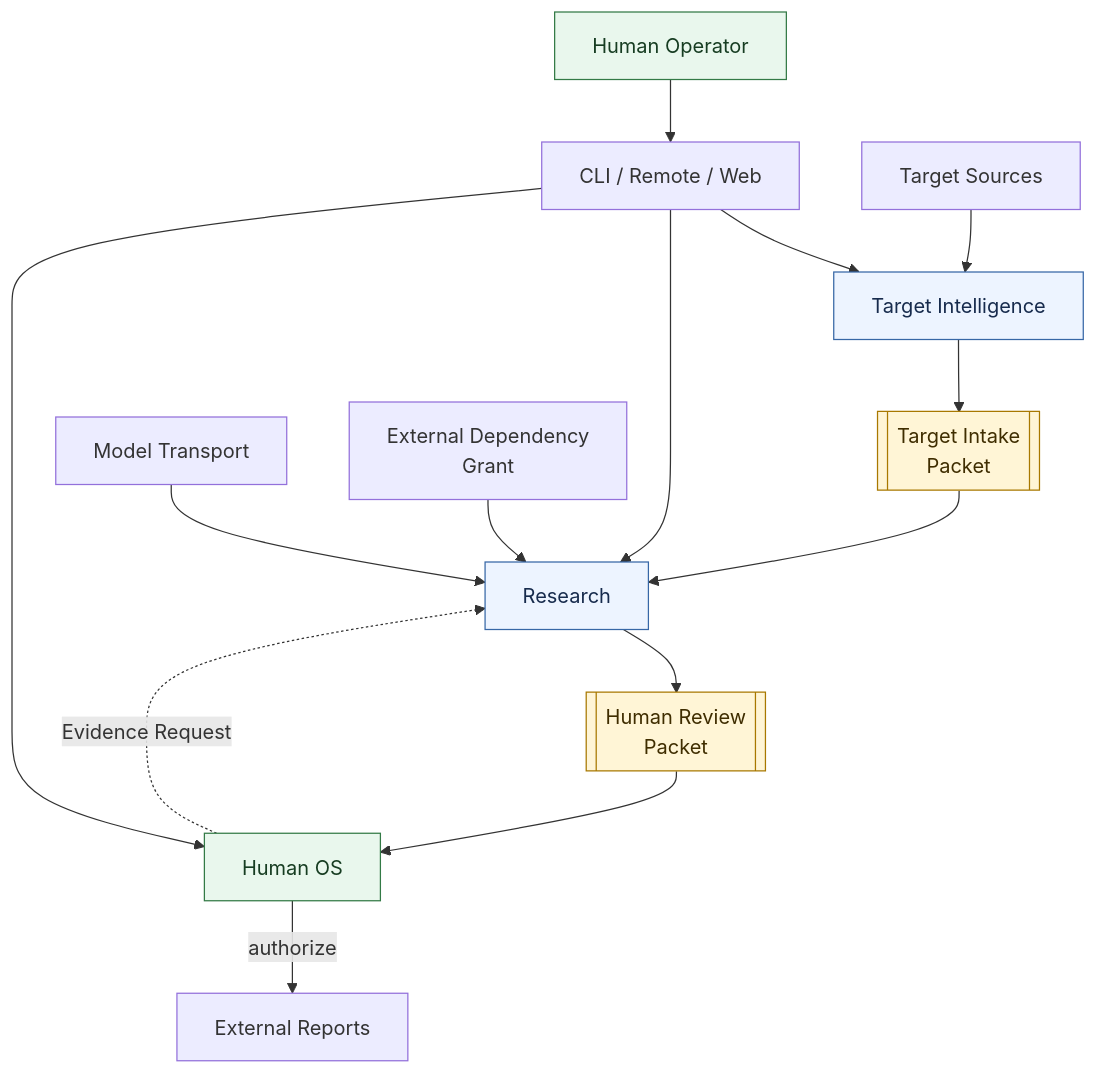
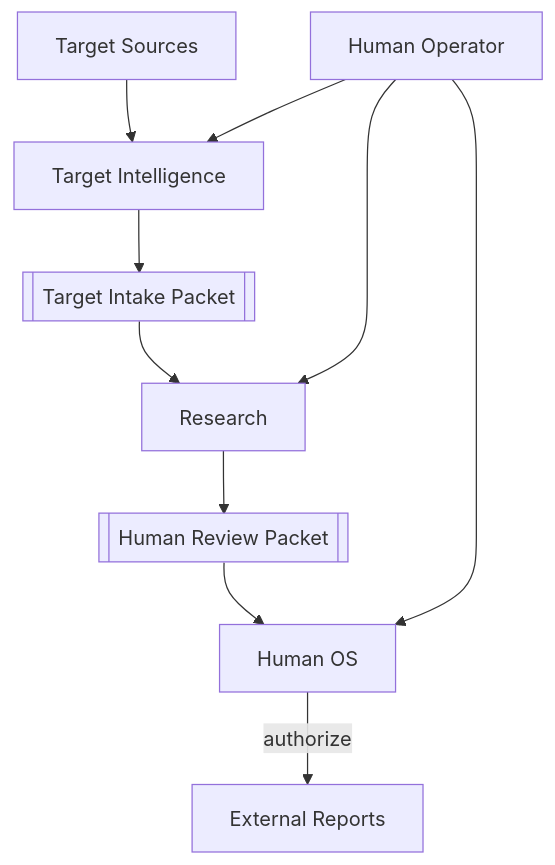
One commit to momoponwork1415-lgtm/wordpress-harness changed the first of 3 diagrams in docs/design/architecture/architecture-overview.md. Above: the diagram before and after it, drawn with Mermaid. The commit also changed other lines of this file and 34 other files, not shown here.

````diff
--- a/docs/design/architecture/architecture-overview.md
+++ b/docs/design/architecture/architecture-overview.md
@@ -11,35 +7,17 @@
 ```mermaid
 flowchart TB
     operator["Human Operator"]
-    adapters["CLI / Remote / Web"]
     feeds["Target Sources"]
-
     ti["Target Intelligence"]
-    intake[["Target Intake<br/>Packet"]]
+    intake[["Target Intake Packet"]]
     research["Research"]
-    packet[["Human Review<br/>Packet"]]
+    packet[["Human Review Packet"]]
     human["Human OS"]
     reports["External Reports"]
 
-    models["Model Transport"]
-    dependencies["External Dependency<br/>Grant"]
-
-    operator --> adapters
-    feeds --> ti
-    adapters --> ti
-    ti --> intake --> research
-    adapters --> research
-    models --> research
-    dependencies --> research
-    research --> packet --> human
-    adapters --> human
+    feeds --> ti --> intake --> research --> packet --> human
+    operator --> ti
+    operator --> research
+    operator --> human
     human -->|"authorize"| reports
-    human -. "Evidence Request" .-> research
-
-    classDef context fill:#edf4ff,stroke:#3767a6,color:#172b4d;
-    classDef durable fill:#fff5d6,stroke:#a87800,color:#3f2d00;
-    classDef human fill:#e9f7ed,stroke:#337a46,color:#173d22;
-    class ti,research context;
-    class intake,packet durable;
-    class operator,human human;
 ```
````
